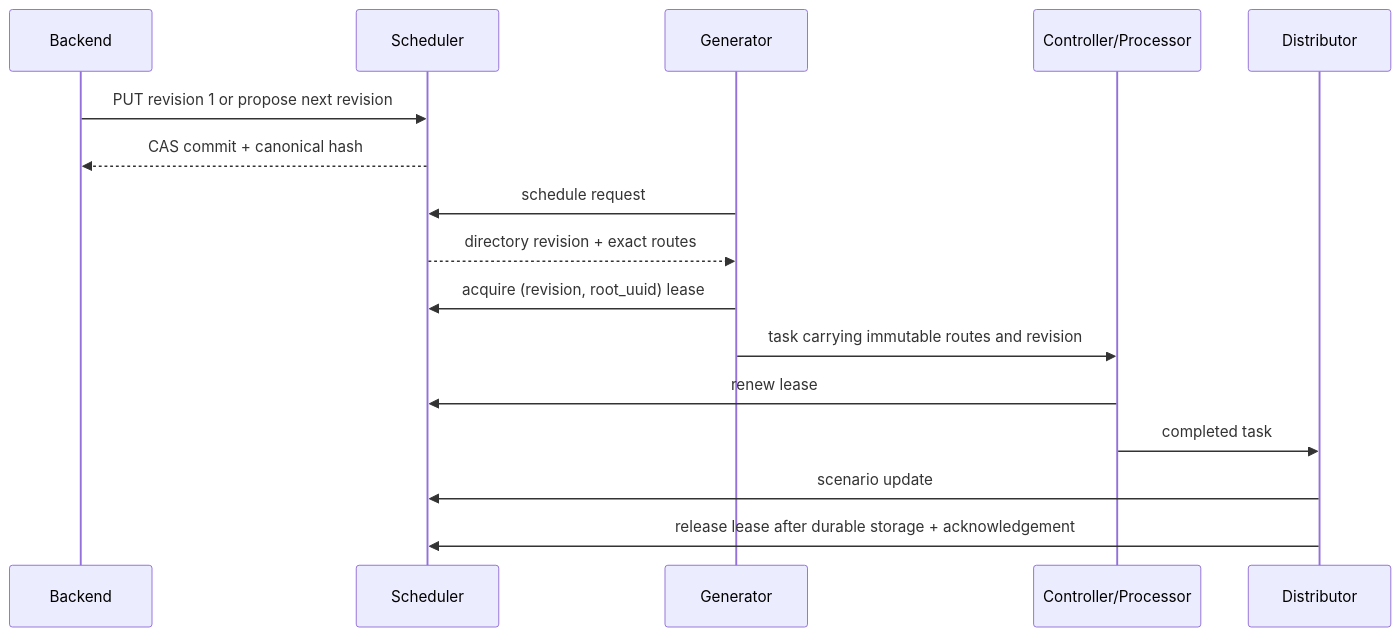
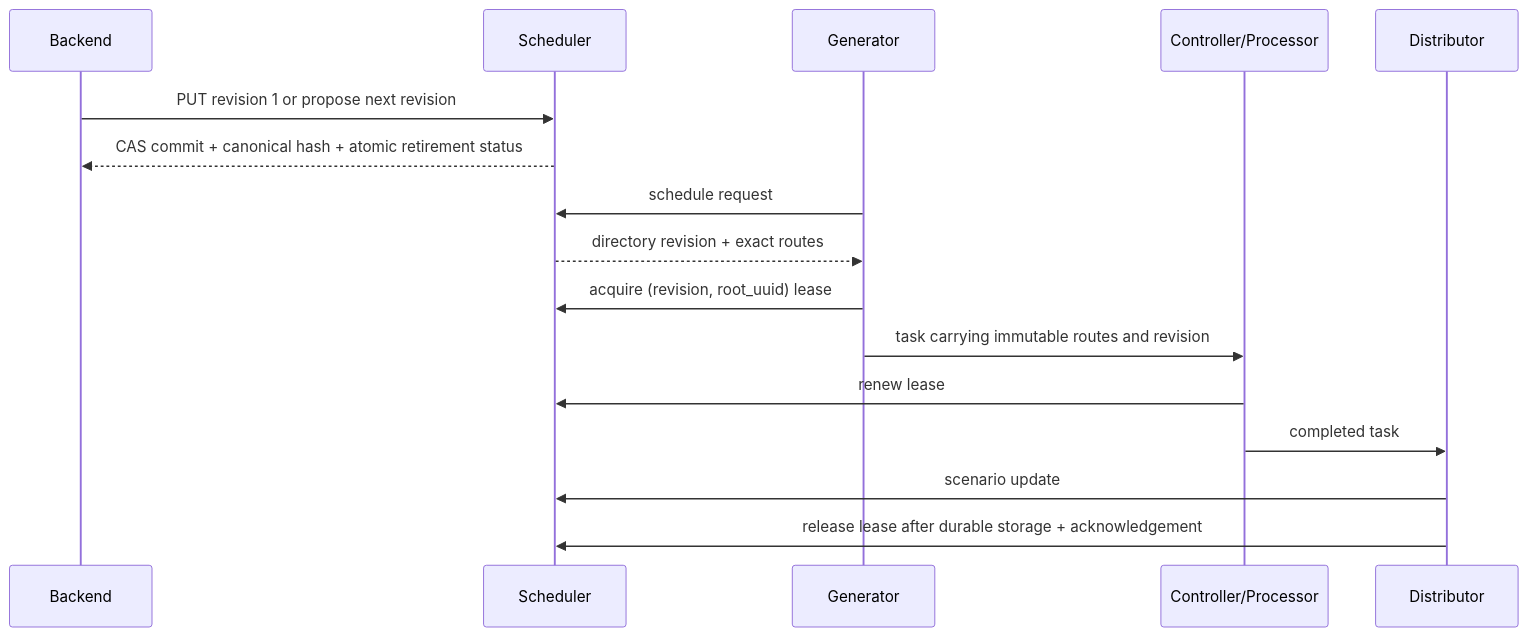
Before and after one commit to dayu-autostreamer/dayu: the third of 4 diagrams in docs/architecture/README.md, drawn with Mermaid. The commit also changed other lines of this file and 49 other files, not shown here.

````diff
--- a/docs/architecture/README.md
+++ b/docs/architecture/README.md
@@ -151,18 +159,18 @@
 ```mermaid
 sequenceDiagram
     participant BE as Backend
     participant S as Scheduler
     participant G as Generator
     participant W as Controller/Processor
     participant D as Distributor
     BE->>S: PUT revision 1 or propose next revision
-    S-->>BE: CAS commit + canonical hash
+    S-->>BE: CAS commit + canonical hash + atomic retirement status
     G->>S: schedule request
     S-->>G: directory revision + exact routes
     G->>S: acquire (revision, root_uuid) lease
     G->>W: task carrying immutable routes and revision
     W->>S: renew lease
     W->>D: completed task
     D->>S: scenario update
     D->>S: release lease after durable storage + acknowledgement
 ```
````
